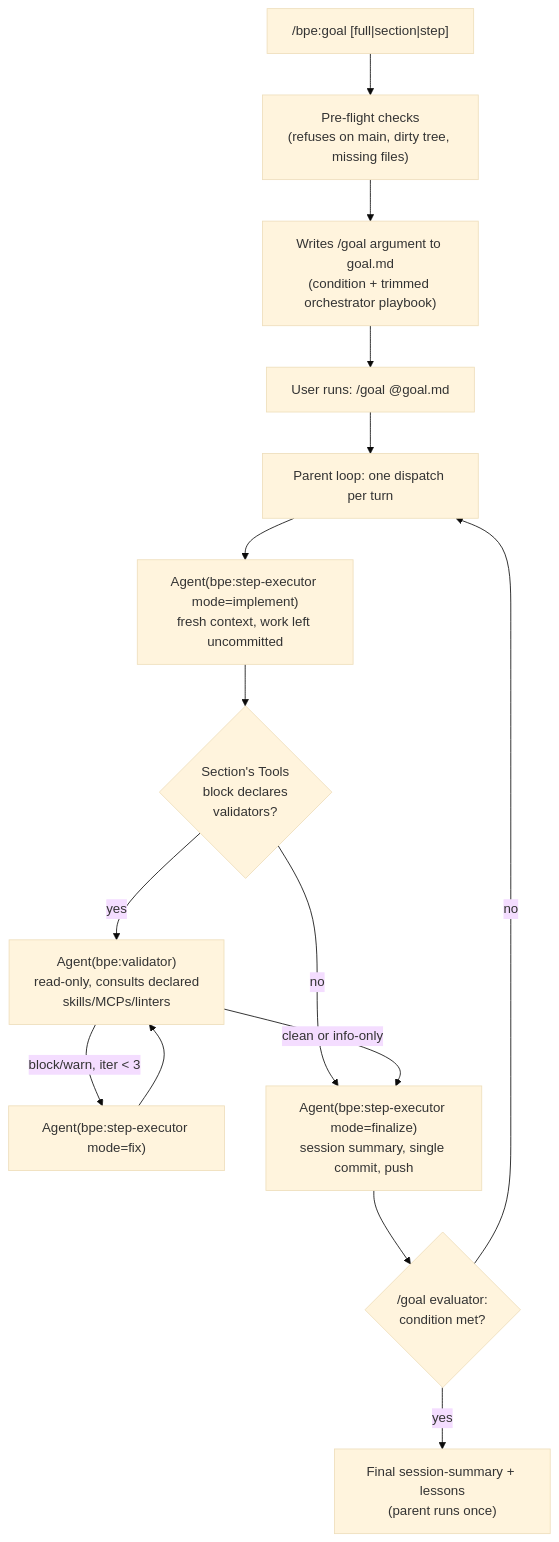
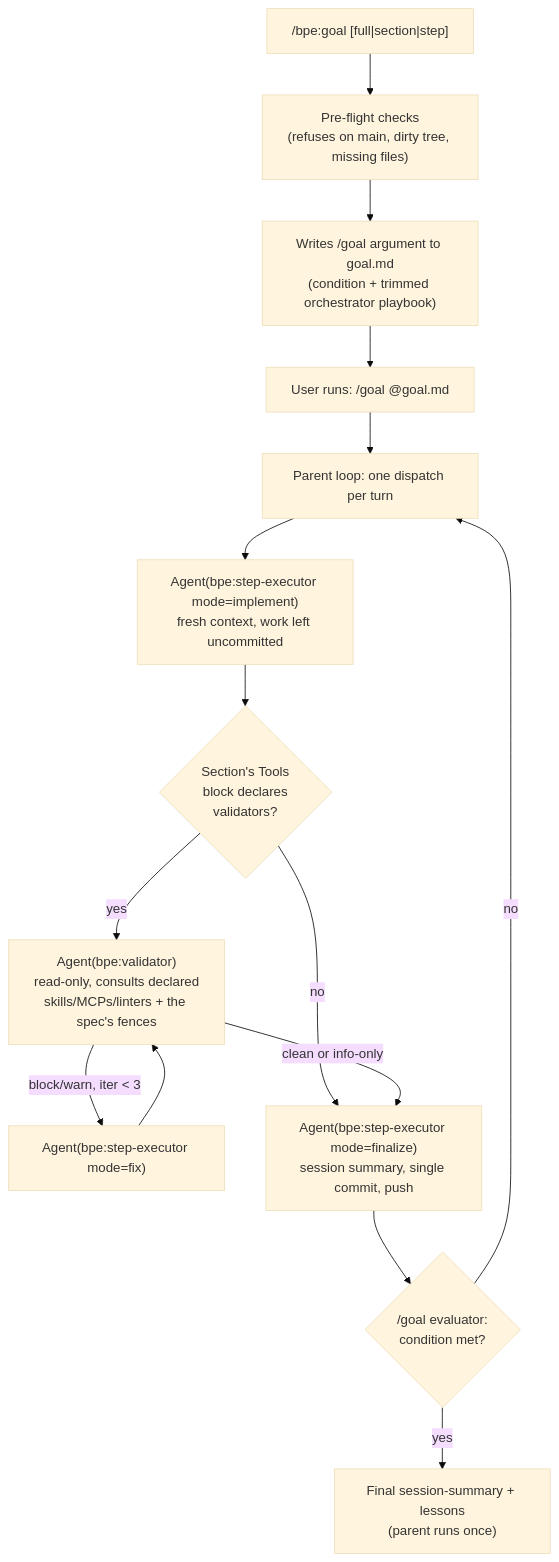
The diagram in bpe/README.md (MasonEgger/bpe-claude-code-plugin), drawn with Mermaid (base theme) before and after one commit. The commit also changed other lines of this file and 23 other files, not shown here.

````diff
--- a/bpe/README.md
+++ b/bpe/README.md
@@ -61,17 +102,17 @@
 ```mermaid
 flowchart TD
     A["/bpe:goal [full|section|step]"] --> B["Pre-flight checks<br/>(refuses on main, dirty tree, missing files)"]
     B --> C["Writes /goal argument to goal.md<br/>(condition + trimmed orchestrator playbook)"]
     C --> D["User runs: /goal @goal.md"]
     D --> E["Parent loop: one dispatch per turn"]
     E --> F["Agent(bpe:step-executor mode=implement)<br/>fresh context, work left uncommitted"]
     F --> G{"Section's Tools<br/>block declares<br/>validators?"}
-    G -->|yes| H["Agent(bpe:validator)<br/>read-only, consults declared<br/>skills/MCPs/linters"]
+    G -->|yes| H["Agent(bpe:validator)<br/>read-only, consults declared<br/>skills/MCPs/linters + the spec's fences"]
     H -->|"block/warn, iter < 3"| I["Agent(bpe:step-executor mode=fix)"]
     I --> H
     G -->|no| J["Agent(bpe:step-executor mode=finalize)<br/>session summary, single commit, push"]
     H -->|"clean or info-only"| J
     J --> K{"/goal evaluator:<br/>condition met?"}
     K -->|no| E
     K -->|yes| L["Final session-summary + lessons<br/>(parent runs once)"]
 ```
````
